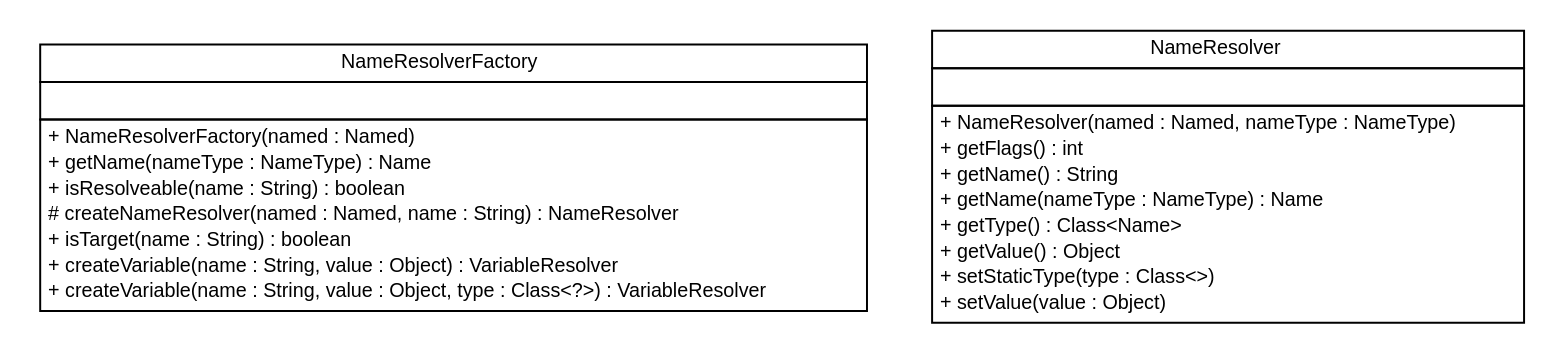
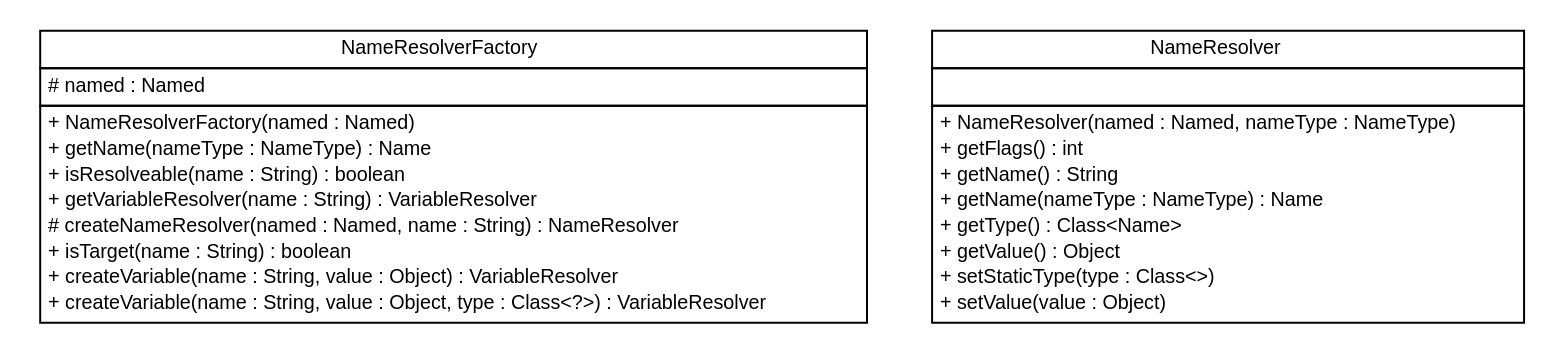
One commit to ljnelson/nomen changed the diagram in apidocs/com/edugility/nomen/mvel/com.edugility.nomen.mvel.dot. Above: the diagram before and after it, drawn with Graphviz. The commit also changed 127 other files, not shown here.

```diff
--- a/apidocs/com/edugility/nomen/mvel/com.edugility.nomen.mvel.dot
+++ b/apidocs/com/edugility/nomen/mvel/com.edugility.nomen.mvel.dot
@@ -1,49 +1,50 @@
 #!/usr/local/bin/dot
 #
 # Class diagram 
 # Generated by UMLGraph version R5_6-24-gf6e263 (http://www.umlgraph.org/)
 #
 
 digraph G {
 	edge [fontname="Helvetica",fontsize=10,labelfontname="Helvetica",labelfontsize=10];
 	node [fontname="Helvetica",fontsize=10,shape=plaintext];
 	nodesep=0.25;
 	ranksep=0.5;
 	// com.edugility.nomen.mvel.NameResolverFactory
 	c22 [label=<<table title="com.edugility.nomen.mvel.NameResolverFactory" border="0" cellborder="1" cellspacing="0" cellpadding="2" port="p" href="./NameResolverFactory.html">
 		<tr><td><table border="0" cellspacing="0" cellpadding="1">
 <tr><td align="center" balign="center"> NameResolverFactory </td></tr>
 		</table></td></tr>
 		<tr><td><table border="0" cellspacing="0" cellpadding="1">
-<tr><td align="left" balign="left">  </td></tr>
+<tr><td align="left" balign="left"> # named : Named </td></tr>
 		</table></td></tr>
 		<tr><td><table border="0" cellspacing="0" cellpadding="1">
 <tr><td align="left" balign="left"> + NameResolverFactory(named : Named) </td></tr>
 <tr><td align="left" balign="left"> + getName(nameType : NameType) : Name </td></tr>
 <tr><td align="left" balign="left"> + isResolveable(name : String) : boolean </td></tr>
+<tr><td align="left" balign="left"> + getVariableResolver(name : String) : VariableResolver </td></tr>
 <tr><td align="left" balign="left"> # createNameResolver(named : Named, name : String) : NameResolver </td></tr>
 <tr><td align="left" balign="left"> + isTarget(name : String) : boolean </td></tr>
 <tr><td align="left" balign="left"> + createVariable(name : String, value : Object) : VariableResolver </td></tr>
 <tr><td align="left" balign="left"> + createVariable(name : String, value : Object, type : Class&lt;?&gt;) : VariableResolver </td></tr>
 		</table></td></tr>
 		</table>>, URL="./NameResolverFactory.html", fontname="Helvetica", fontcolor="black", fontsize=10.0];
 	// com.edugility.nomen.mvel.NameResolver
 	c23 [label=<<table title="com.edugility.nomen.mvel.NameResolver" border="0" cellborder="1" cellspacing="0" cellpadding="2" port="p" href="./NameResolver.html">
 		<tr><td><table border="0" cellspacing="0" cellpadding="1">
 <tr><td align="center" balign="center"> NameResolver </td></tr>
 		</table></td></tr>
 		<tr><td><table border="0" cellspacing="0" cellpadding="1">
 <tr><td align="left" balign="left">  </td></tr>
 		</table></td></tr>
 		<tr><td><table border="0" cellspacing="0" cellpadding="1">
 <tr><td align="left" balign="left"> + NameResolver(named : Named, nameType : NameType) </td></tr>
 <tr><td align="left" balign="left"> + getFlags() : int </td></tr>
 <tr><td align="left" balign="left"> + getName() : String </td></tr>
 <tr><td align="left" balign="left"> + getName(nameType : NameType) : Name </td></tr>
 <tr><td align="left" balign="left"> + getType() : Class&lt;Name&gt; </td></tr>
 <tr><td align="left" balign="left"> + getValue() : Object </td></tr>
 <tr><td align="left" balign="left"> + setStaticType(type : Class&lt;&gt;) </td></tr>
 <tr><td align="left" balign="left"> + setValue(value : Object) </td></tr>
 		</table></td></tr>
 		</table>>, URL="./NameResolver.html", fontname="Helvetica", fontcolor="black", fontsize=10.0];
 }
```
